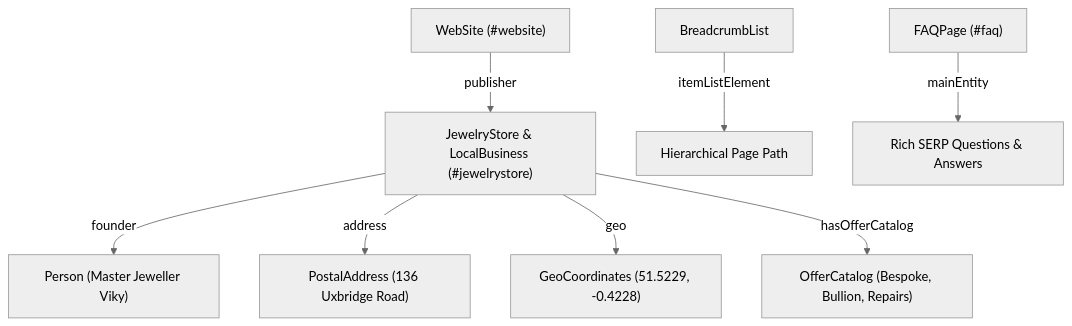
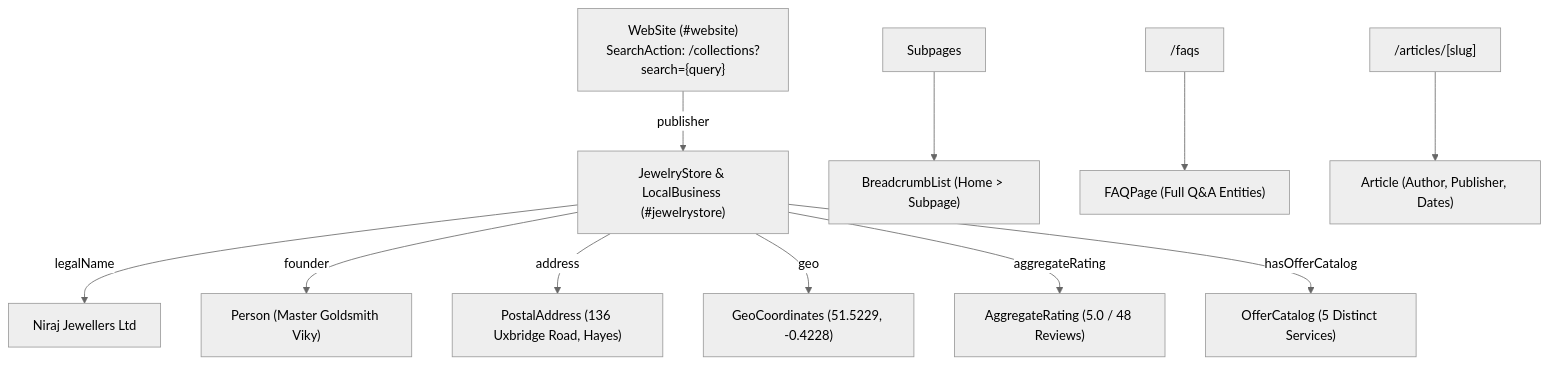
One commit to echelonsystemsgd-deep/niraj-jewellers-luxury-atelier changed the second of 2 diagrams in implementation/METADATA.md. Above: the diagram before and after it, drawn with Mermaid (neutral theme). The commit also changed other lines of this file and 31 other files, not shown here.

````diff
--- a/implementation/METADATA.md
+++ b/implementation/METADATA.md
@@ -222,10 +159,14 @@
 ```mermaid
 graph TD
-    A["WebSite (#website)"] -->|publisher| B["JewelryStore & LocalBusiness (#jewelrystore)"]
-    B -->|founder| C["Person (Master Jeweller Viky)"]
-    B -->|address| D["PostalAddress (136 Uxbridge Road)"]
-    B -->|geo| E["GeoCoordinates (51.5229, -0.4228)"]
-    B -->|hasOfferCatalog| F["OfferCatalog (Bespoke, Bullion, Repairs)"]
-    G["BreadcrumbList"] -->|itemListElement| H["Hierarchical Page Path"]
-    I["FAQPage (#faq)"] -->|mainEntity| J["Rich SERP Questions & Answers"]
+    WS["WebSite (#website)<br/>SearchAction: /collections?search={query}"] -->|publisher| JB["JewelryStore & LocalBusiness (#jewelrystore)"]
+    JB -->|legalName| L["Niraj Jewellers Ltd"]
+    JB -->|founder| P["Person (Master Goldsmith Viky)"]
+    JB -->|address| PA["PostalAddress (136 Uxbridge Road, Hayes)"]
+    JB -->|geo| GC["GeoCoordinates (51.5229, -0.4228)"]
+    JB -->|aggregateRating| AR["AggregateRating (5.0 / 48 Reviews)"]
+    JB -->|hasOfferCatalog| OC["OfferCatalog (5 Distinct Services)"]
+    
+    Subpages["Subpages"] --> BL["BreadcrumbList (Home > Subpage)"]
+    FAQs["/faqs"] --> FAQ["FAQPage (Full Q&A Entities)"]
+    Articles["/articles/[slug]"] --> ART["Article (Author, Publisher, Dates)"]
 ```
````
